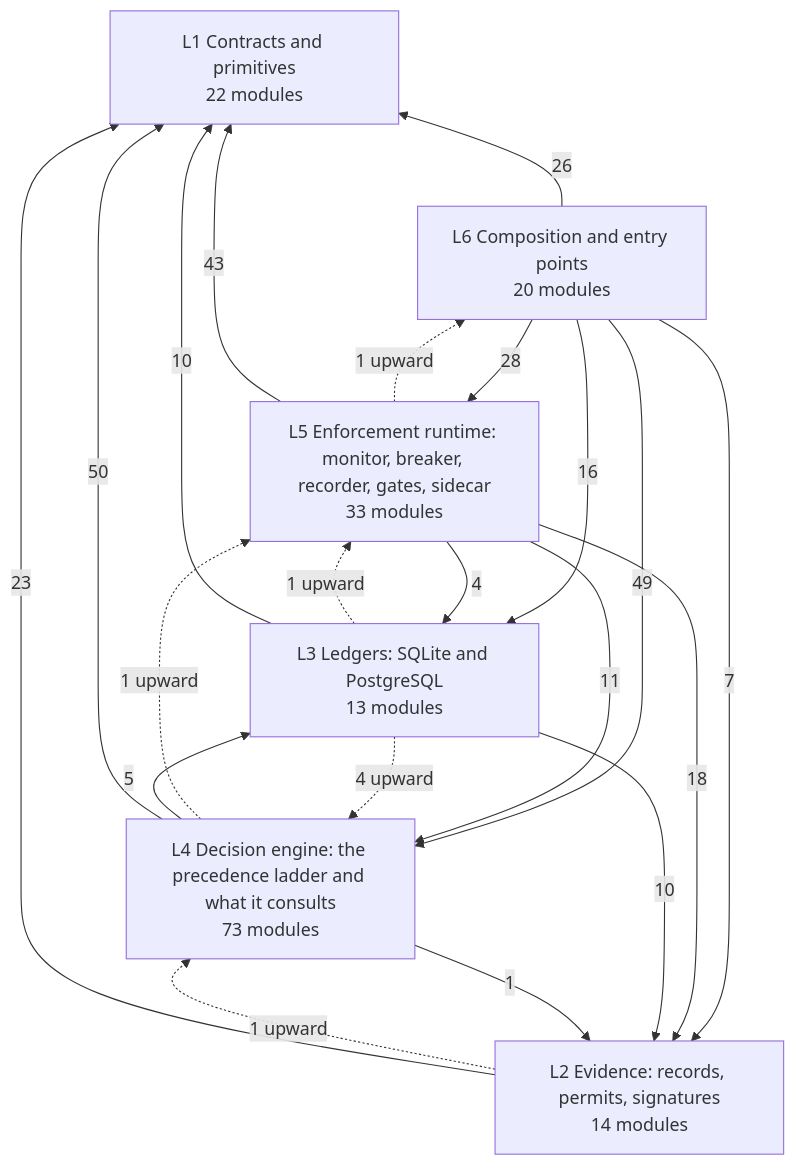
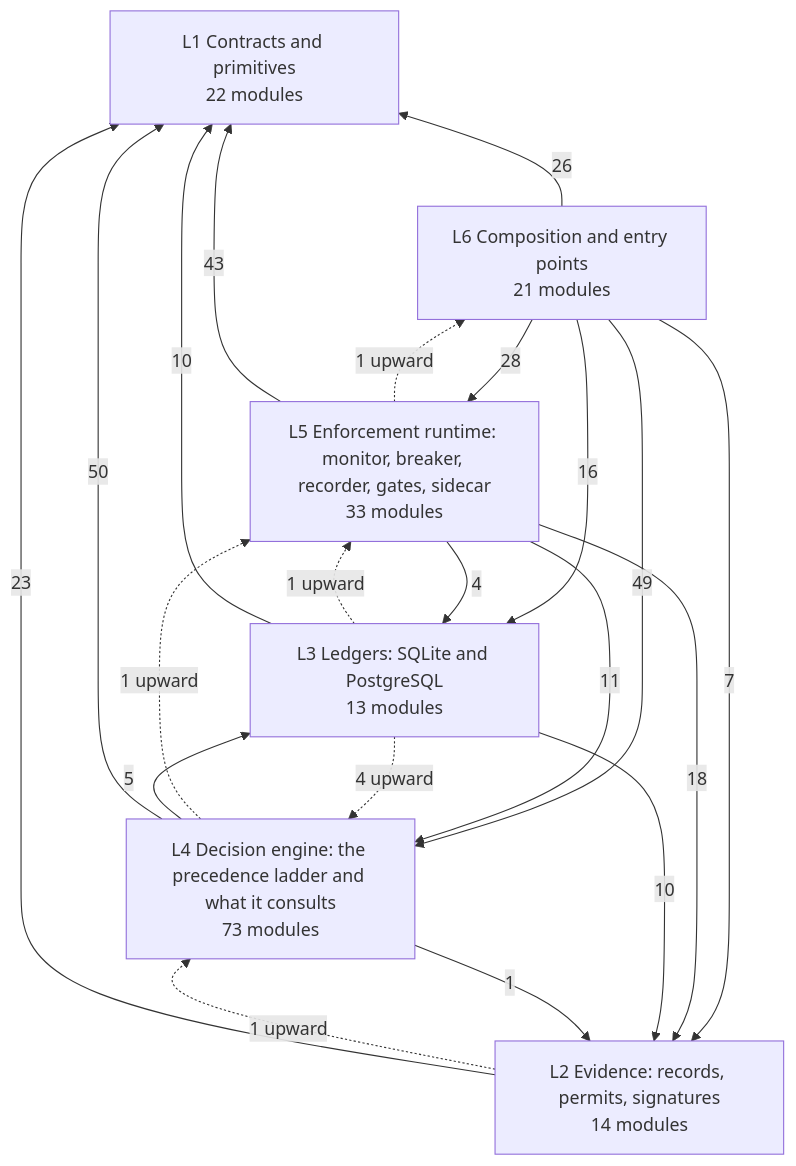
One commit to LOLA0786/privatevault-agent-dna changed the diagram in docs/architecture/DEPENDENCIES.md. Above: the diagram before and after it, drawn with Mermaid. The commit also changed other lines of this file and 12 other files, not shown here.

````diff
--- a/docs/architecture/DEPENDENCIES.md
+++ b/docs/architecture/DEPENDENCIES.md
@@ -12,29 +12,29 @@
 ```mermaid
 flowchart BT
   L1["L1 Contracts and primitives<br/>22 modules"]
   L2["L2 Evidence: records, permits, signatures<br/>14 modules"]
   L3["L3 Ledgers: SQLite and PostgreSQL<br/>13 modules"]
   L4["L4 Decision engine: the precedence ladder and what it consults<br/>73 modules"]
   L5["L5 Enforcement runtime: monitor, breaker, recorder, gates, sidecar<br/>33 modules"]
-  L6["L6 Composition and entry points<br/>20 modules"]
+  L6["L6 Composition and entry points<br/>21 modules"]
   L2 -->|23| L1
   L3 -->|10| L1
   L3 -->|10| L2
   L4 -->|50| L1
   L4 -->|1| L2
   L4 -->|5| L3
   L5 -->|43| L1
   L5 -->|18| L2
   L5 -->|4| L3
   L5 -->|11| L4
   L6 -->|26| L1
   L6 -->|7| L2
   L6 -->|16| L3
   L6 -->|49| L4
   L6 -->|28| L5
   L2 -.->|1 upward| L4
   L3 -.->|4 upward| L4
   L3 -.->|1 upward| L5
   L4 -.->|1 upward| L5
   L5 -.->|1 upward| L6
 ```
````
